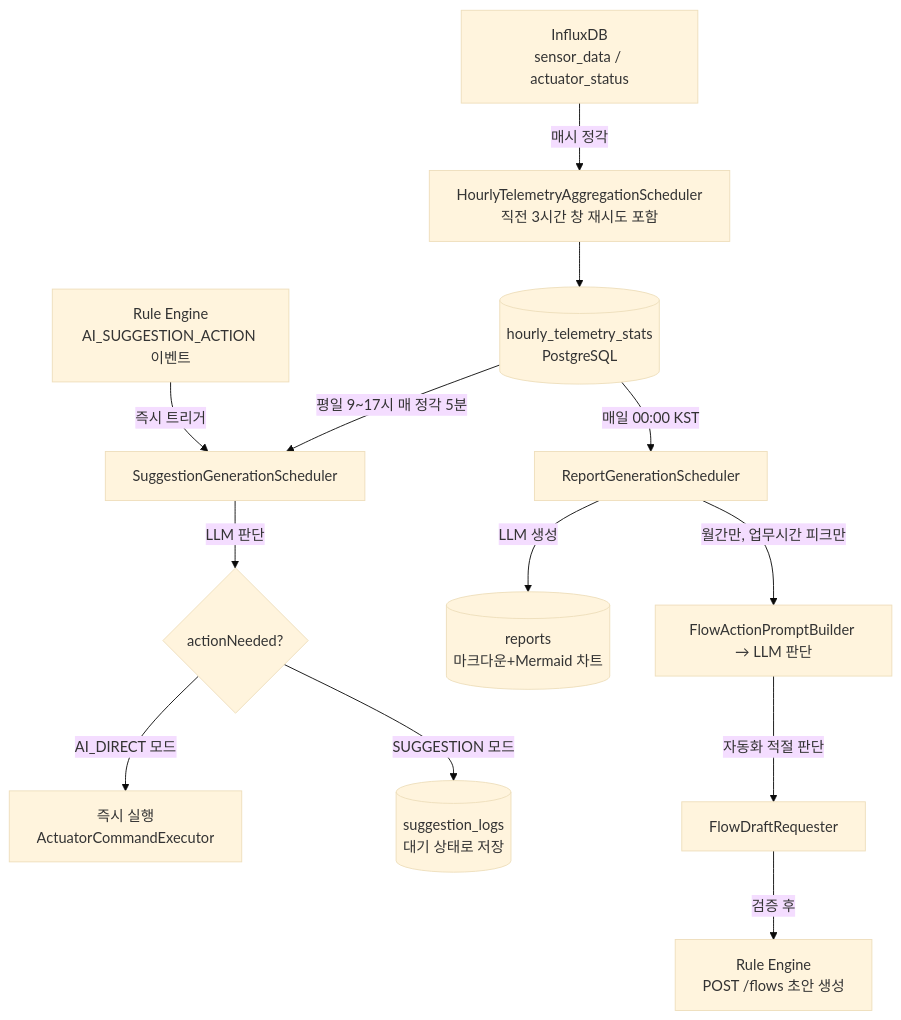
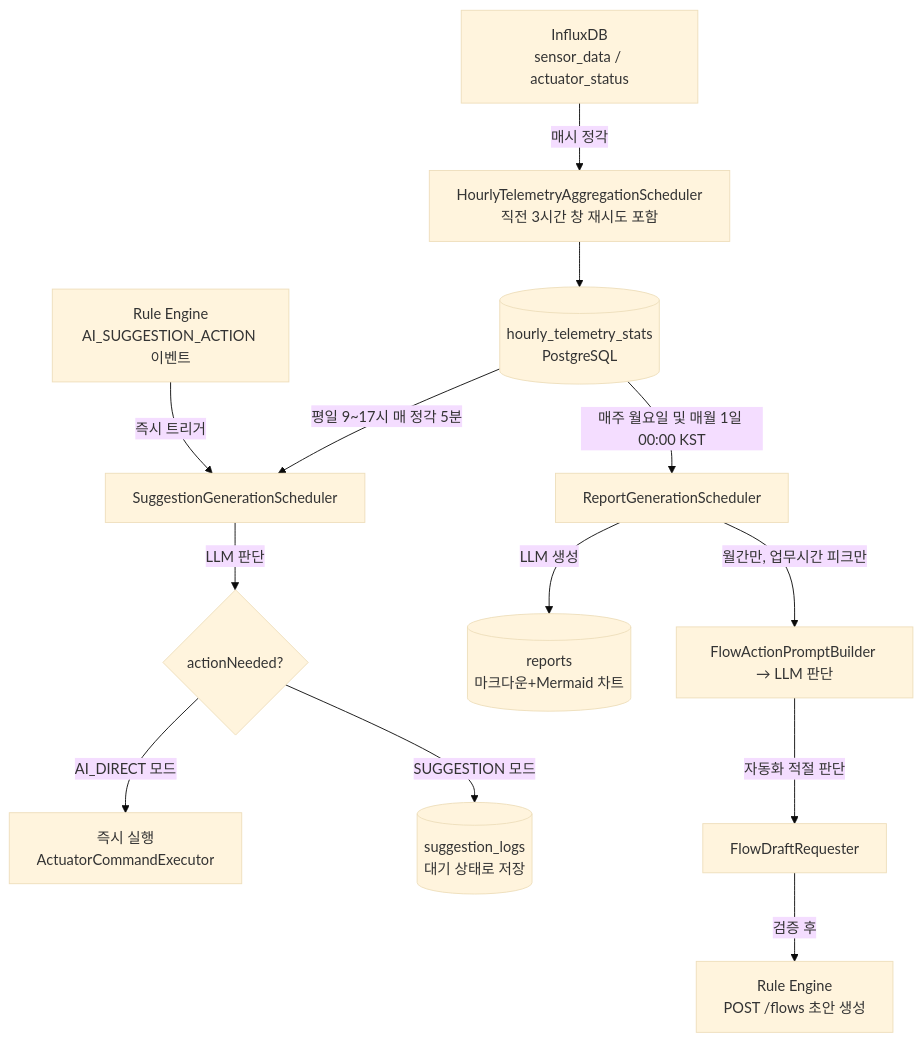
One commit to nhnacademy-aiot3-insighton/InsightOn-ai changed the first of 9 diagrams in README.md. Above: the diagram before and after it, drawn with Mermaid (base theme). The commit also changed other lines of this file, not shown here.

````diff
--- a/README.md
+++ b/README.md
@@ -89,15 +89,15 @@
 ```mermaid
 flowchart TD
     A[InfluxDB<br/>sensor_data / actuator_status] -->|매시 정각| B[HourlyTelemetryAggregationScheduler<br/>직전 3시간 창 재시도 포함]
     B --> C[(hourly_telemetry_stats<br/>PostgreSQL)]
     C -->|평일 9~17시 매 정각 5분| D[SuggestionGenerationScheduler]
-    C -->|매일 00:00 KST| E[ReportGenerationScheduler]
+    C -->|매주 월요일 및 매월 1일 00:00 KST| E[ReportGenerationScheduler]
     F[Rule Engine<br/>AI_SUGGESTION_ACTION 이벤트] -->|즉시 트리거| D
     D -->|LLM 판단| D1{actionNeeded?}
     D1 -- AI_DIRECT 모드 --> D2[즉시 실행<br/>ActuatorCommandExecutor]
     D1 -- SUGGESTION 모드 --> D3[(suggestion_logs<br/>대기 상태로 저장)]
     E -->|LLM 생성| E1[(reports<br/>마크다운+Mermaid 차트)]
     E -->|월간만, 업무시간 피크만| E2[FlowActionPromptBuilder → LLM 판단]
     E2 -->|자동화 적절 판단| E3[FlowDraftRequester]
     E3 -->|검증 후| E4[Rule Engine<br/>POST /flows 초안 생성]
 ```
````
